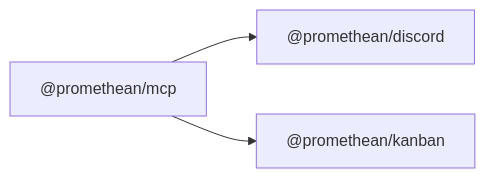
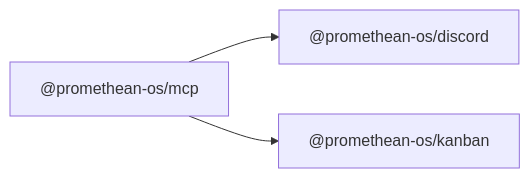
The diagram in docs/packages/mcp/README.md (octave-commons/promethean), drawn with Mermaid before and after one commit. The commit also changed other lines of this file and 1753 other files, not shown here.

````diff
--- a/docs/packages/mcp/README.md
+++ b/docs/packages/mcp/README.md
@@ -14,10 +14,10 @@
 ```mermaid
 graph LR
-  A["@promethean/mcp"]
-  D1["@promethean/discord"]
-  D2["@promethean/kanban"]
-  A --> D1["@promethean/discord"]
-  A --> D2["@promethean/kanban"]
-  click D1 "../discord/README.md" "@promethean/discord"
-  click D2 "../kanban/README.md" "@promethean/kanban"
+  A["@promethean-os/mcp"]
+  D1["@promethean-os/discord"]
+  D2["@promethean-os/kanban"]
+  A --> D1["@promethean-os/discord"]
+  A --> D2["@promethean-os/kanban"]
+  click D1 "../discord/README.md" "@promethean-os/discord"
+  click D2 "../kanban/README.md" "@promethean-os/kanban"
 ```
````
